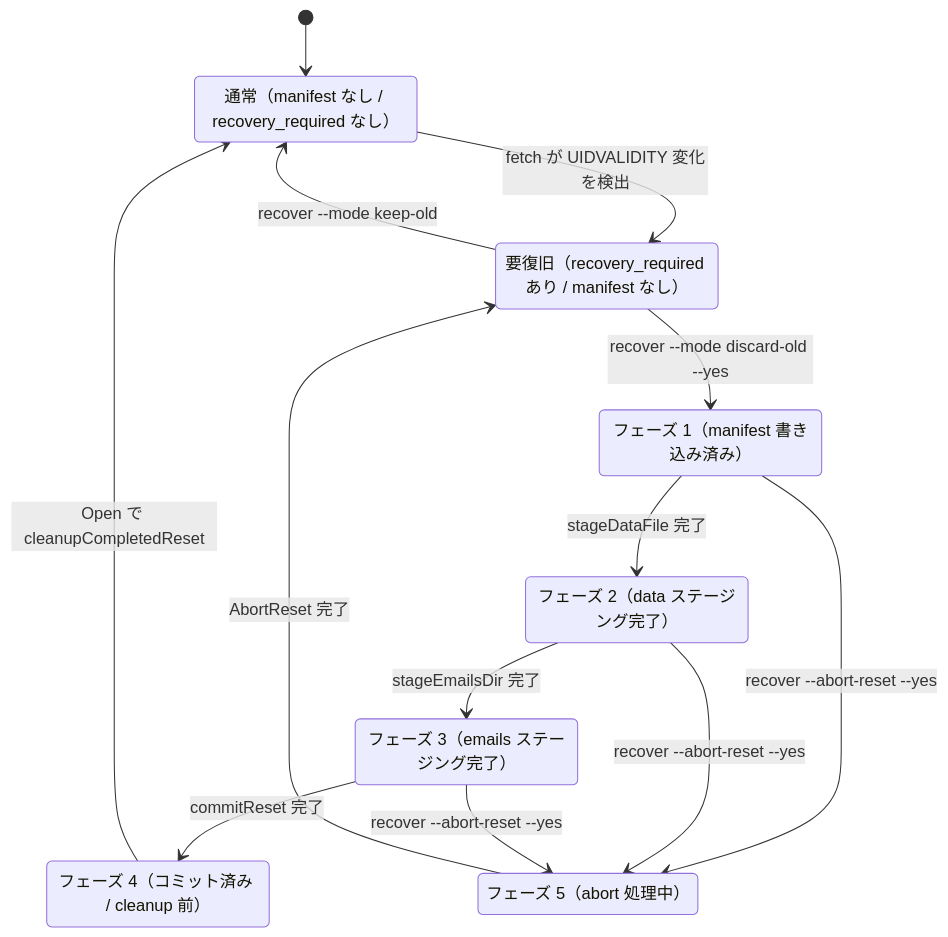
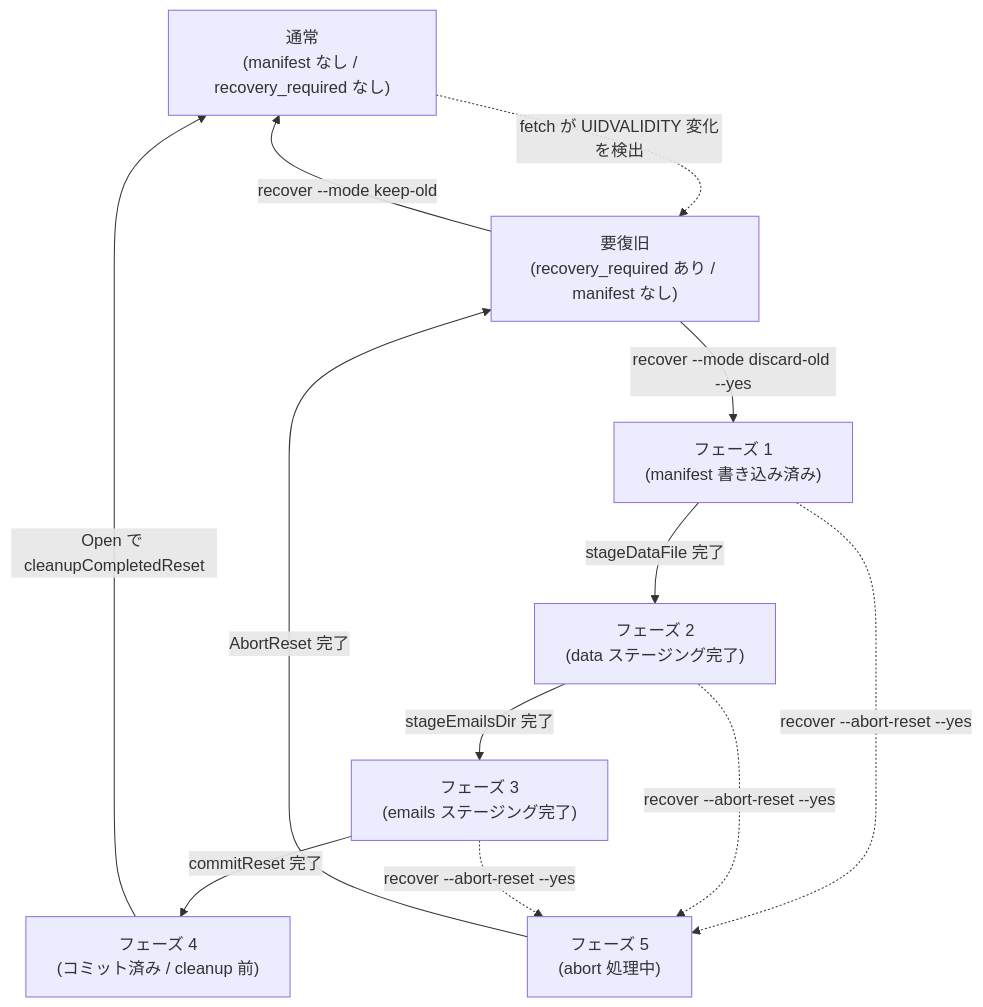
The diagram in docs/dev/adr/0003_reset_phase_design.ja.md (isseis/tlsrpt-digest), drawn with Mermaid before and after one commit. The commit also changed 1 other file, not shown here.

Commit message:
docs(adr-0003): distinguish normal/exceptional transitions in state diagram
Switch from stateDiagram-v2 to flowchart to enable line-style variation.
Solid arrows = normal transitions; dashed arrows = exceptional event
(UIDVALIDITY change) or manual abort (recover --abort-reset --yes).

````diff
--- a/docs/dev/adr/0003_reset_phase_design.ja.md
+++ b/docs/dev/adr/0003_reset_phase_design.ja.md
@@ -62,24 +62,22 @@
 ```mermaid
-stateDiagram-v2
-    [*] --> Normal
+flowchart TD
+    Normal["通常<br>(manifest なし / recovery_required なし)"]
+    RR["要復旧<br>(recovery_required あり / manifest なし)"]
+    P1["フェーズ 1<br>(manifest 書き込み済み)"]
+    P2["フェーズ 2<br>(data ステージング完了)"]
+    P3["フェーズ 3<br>(emails ステージング完了)"]
+    P4["フェーズ 4<br>(コミット済み / cleanup 前)"]
+    P5["フェーズ 5<br>(abort 処理中)"]
 
-    Normal : 通常（manifest なし / recovery_required なし）
-    RR : 要復旧（recovery_required あり / manifest なし）
-    P1 : フェーズ 1（manifest 書き込み済み）
-    P2 : フェーズ 2（data ステージング完了）
-    P3 : フェーズ 3（emails ステージング完了）
-    P4 : フェーズ 4（コミット済み / cleanup 前）
-    P5 : フェーズ 5（abort 処理中）
-
-    Normal --> RR : fetch が UIDVALIDITY 変化を検出
-    RR --> Normal : recover --mode keep-old
-    RR --> P1 : recover --mode discard-old --yes
-    P1 --> P2 : stageDataFile 完了
-    P2 --> P3 : stageEmailsDir 完了
-    P3 --> P4 : commitReset 完了
-    P4 --> Normal : Open で cleanupCompletedReset
-    P1 --> P5 : recover --abort-reset --yes
-    P2 --> P5 : recover --abort-reset --yes
-    P3 --> P5 : recover --abort-reset --yes
-    P5 --> RR : AbortReset 完了
+    Normal -.->|"fetch が UIDVALIDITY 変化を検出"| RR
+    RR -->|"recover --mode keep-old"| Normal
+    RR -->|"recover --mode discard-old --yes"| P1
+    P1 -->|"stageDataFile 完了"| P2
+    P2 -->|"stageEmailsDir 完了"| P3
+    P3 -->|"commitReset 完了"| P4
+    P4 -->|"Open で cleanupCompletedReset"| Normal
+    P1 -.->|"recover --abort-reset --yes"| P5
+    P2 -.->|"recover --abort-reset --yes"| P5
+    P3 -.->|"recover --abort-reset --yes"| P5
+    P5 -->|"AbortReset 完了"| RR
 ```
````
